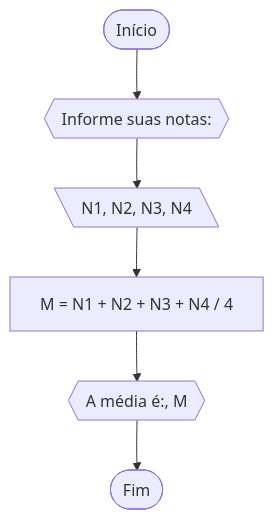
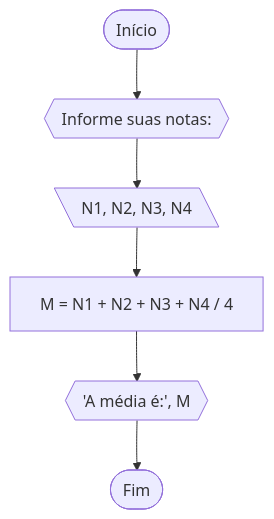
The first of 2 diagrams in RLA/lista_exercicio_2.md (Jandih/Unifor), drawn with Mermaid before and after one commit. The commit also changed other lines of this file, not shown here.

`````diff
--- a/RLA/lista_exercicio_2.md
+++ b/RLA/lista_exercicio_2.md
@@ -8,8 +8,8 @@
 ````mermaid
 flowchart TD
 A([Início]) --> B{{Informe suas notas:}}
 B --> C[\N1, N2, N3, N4\]
 C --> D[M = N1 + N2 + N3 + N4 / 4]
-D --> E{{A média é:, M}}
+D --> E{{'A média é:', M}}
 E --> F([Fim])
 ````
`````
